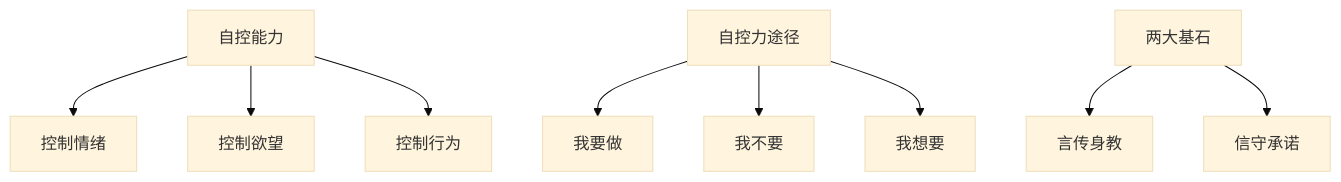
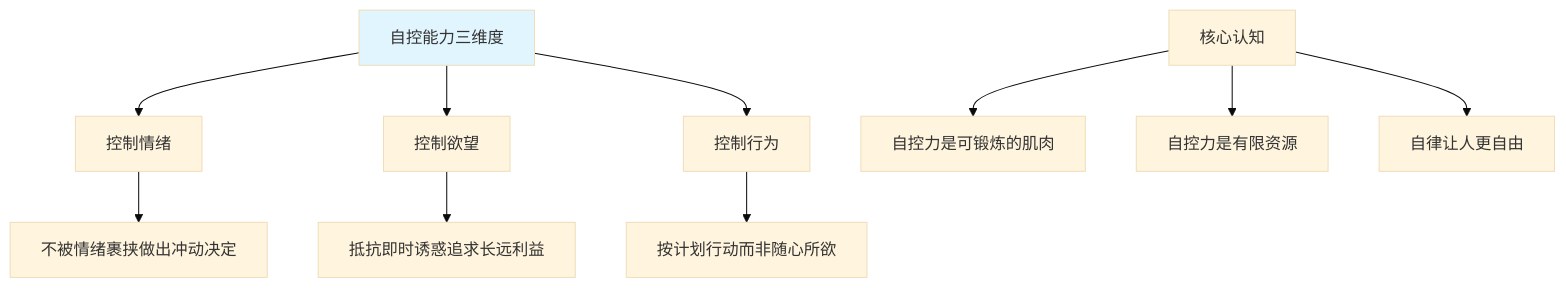
One commit to chongyang211/YCBookBlog changed the first of 10 diagrams in 10.自我进阶提升书/07.底层思维的训练/7.2自我自控的调节.md. Above: the diagram before and after it, drawn with Mermaid (base theme). The commit also changed other lines of this file and 6 other files, not shown here.

````diff
--- a/10.自我进阶提升书/07.底层思维的训练/7.2自我自控的调节.md
+++ b/10.自我进阶提升书/07.底层思维的训练/7.2自我自控的调节.md
@@ -16,11 +18,13 @@
 ```mermaid
 graph TD
-    A[自控能力] --> B[控制情绪]
+    A[自控能力三维度] --> B[控制情绪]
     A --> C[控制欲望]
     A --> D[控制行为]
-    E[自控力途径] --> F[我要做]
-    E --> G[我不要]
-    E --> H[我想要]
-    I[两大基石] --> J[言传身教]
-    I --> K[信守承诺]
+    B --> B1[不被情绪裹挟做出冲动决定]
+    C --> C1[抵抗即时诱惑追求长远利益]
+    D --> D1[按计划行动而非随心所欲]
+    E[核心认知] --> E1[自控力是可锻炼的肌肉]
+    E --> E2[自控力是有限资源]
+    E --> E3[自律让人更自由]
+    style A fill:#e1f5fe
 ```
````
